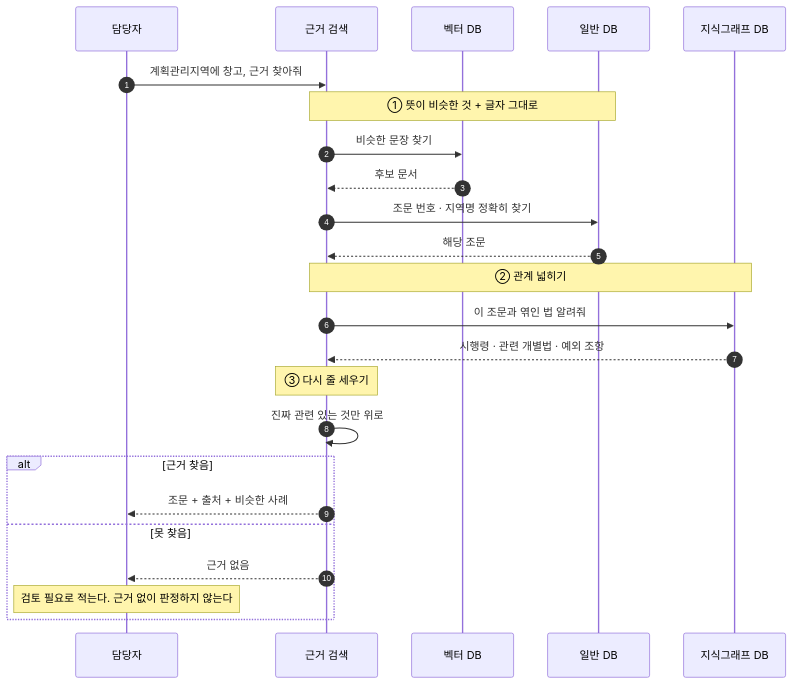
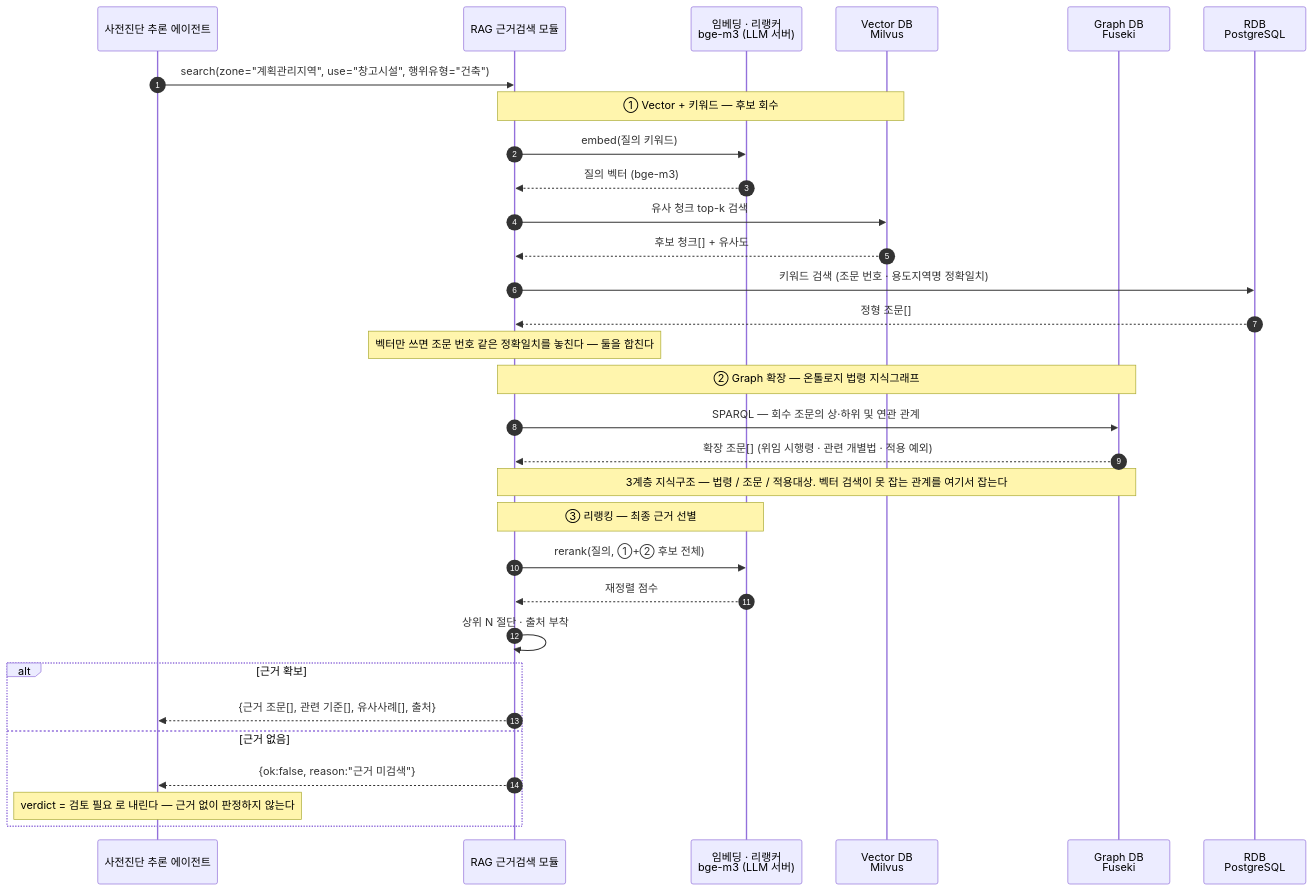
Before and after one commit to madlrengg100/permit-copilot: the eighth of 14 diagrams in docs/MCP-AGENT-SEQUENCE.md, drawn with Mermaid. The commit also changed other lines of this file, not shown here.

Commit message:
Revert to pre-rewrite version with all 13 sequence diagrams

````diff
--- a/docs/MCP-AGENT-SEQUENCE.md
+++ b/docs/MCP-AGENT-SEQUENCE.md
@@ -433,31 +612,38 @@
 ```mermaid
 sequenceDiagram
     autonumber
-    participant WK as 담당자
-    participant RAG as 근거 검색
-    participant VDB as 벡터 DB
-    participant RDB as 일반 DB
-    participant GDB as 지식그래프 DB
+    participant AG as 사전진단 추론 에이전트
+    participant RG as RAG 근거검색 모듈
+    participant EMB as 임베딩 · 리랭커<br/>bge-m3 (LLM 서버)
+    participant VDB as Vector DB<br/>Milvus
+    participant GDB as Graph DB<br/>Fuseki
+    participant RDB as RDB<br/>PostgreSQL
 
-    WK->>RAG: 계획관리지역에 창고, 근거 찾아줘
+    AG->>RG: search(zone="계획관리지역", use="창고시설", 행위유형="건축")
 
-    Note over RAG,RDB: ① 뜻이 비슷한 것 + 글자 그대로
-    RAG->>VDB: 비슷한 문장 찾기
-    VDB-->>RAG: 후보 문서
-    RAG->>RDB: 조문 번호 · 지역명 정확히 찾기
-    RDB-->>RAG: 해당 조문
+    Note over RG,VDB: ① Vector + 키워드 — 후보 회수
+    RG->>EMB: embed(질의 키워드)
+    EMB-->>RG: 질의 벡터 (bge-m3)
+    RG->>VDB: 유사 청크 top-k 검색
+    VDB-->>RG: 후보 청크[] + 유사도
+    RG->>RDB: 키워드 검색 (조문 번호 · 용도지역명 정확일치)
+    RDB-->>RG: 정형 조문[]
+    Note over RG: 벡터만 쓰면 조문 번호 같은 정확일치를 놓친다 — 둘을 합친다
 
-    Note over RAG,GDB: ② 관계 넓히기
-    RAG->>GDB: 이 조문과 엮인 법 알려줘
-    GDB-->>RAG: 시행령 · 관련 개별법 · 예외 조항
+    Note over RG,GDB: ② Graph 확장 — 온톨로지 법령 지식그래프
+    RG->>GDB: SPARQL — 회수 조문의 상·하위 및 연관 관계
+    GDB-->>RG: 확장 조문[] (위임 시행령 · 관련 개별법 · 적용 예외)
+    Note over RG,GDB: 3계층 지식구조 — 법령 / 조문 / 적용대상. 벡터 검색이 못 잡는 관계를 여기서 잡는다
 
-    Note over RAG: ③ 다시 줄 세우기
-    RAG->>RAG: 진짜 관련 있는 것만 위로
+    Note over RG,EMB: ③ 리랭킹 — 최종 근거 선별
+    RG->>EMB: rerank(질의, ①+② 후보 전체)
+    EMB-->>RG: 재정렬 점수
+    RG->>RG: 상위 N 절단 · 출처 부착
 
-    alt 근거 찾음
-        RAG-->>WK: 조문 + 출처 + 비슷한 사례
-    else 못 찾음
-        RAG-->>WK: 근거 없음
-        Note over WK: 검토 필요로 적는다. 근거 없이 판정하지 않는다
+    alt 근거 확보
+        RG-->>AG: {근거 조문[], 관련 기준[], 유사사례[], 출처}
+    else 근거 없음
+        RG-->>AG: {ok:false, reason:"근거 미검색"}
+        Note over AG: verdict = 검토 필요 로 내린다 — 근거 없이 판정하지 않는다
     end
 ```
````
